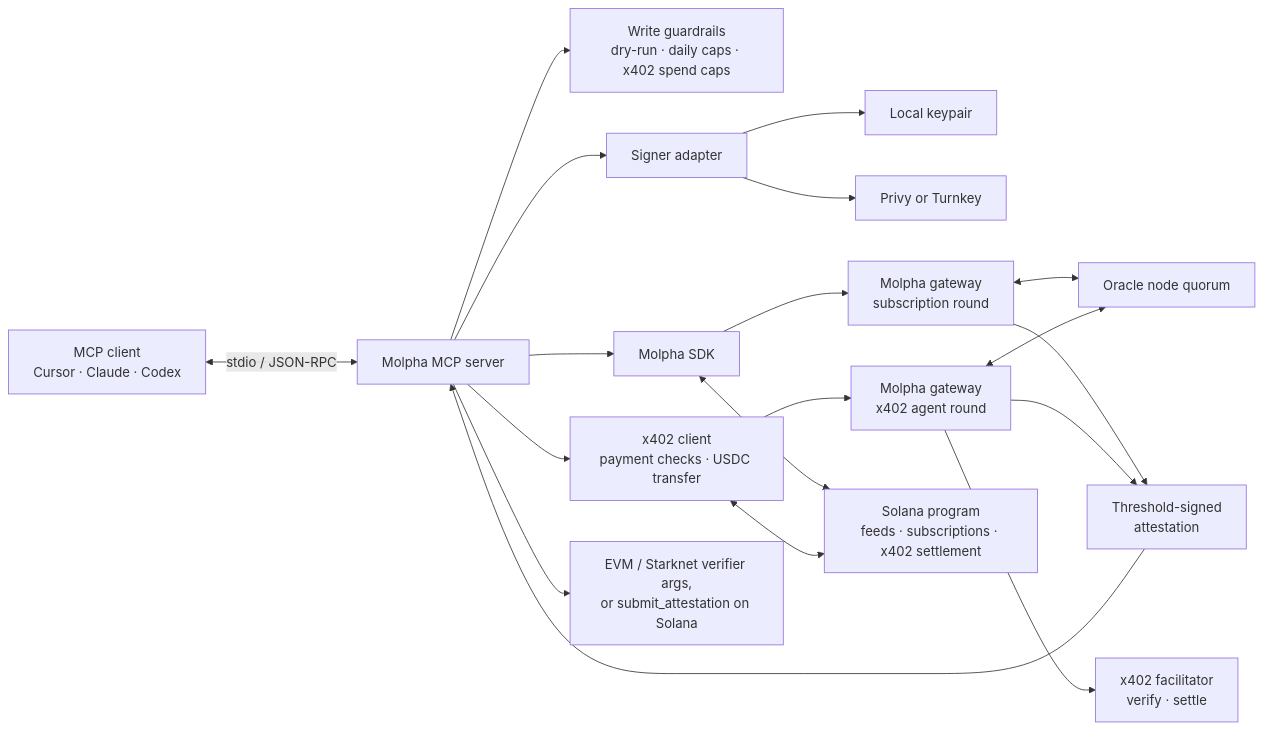
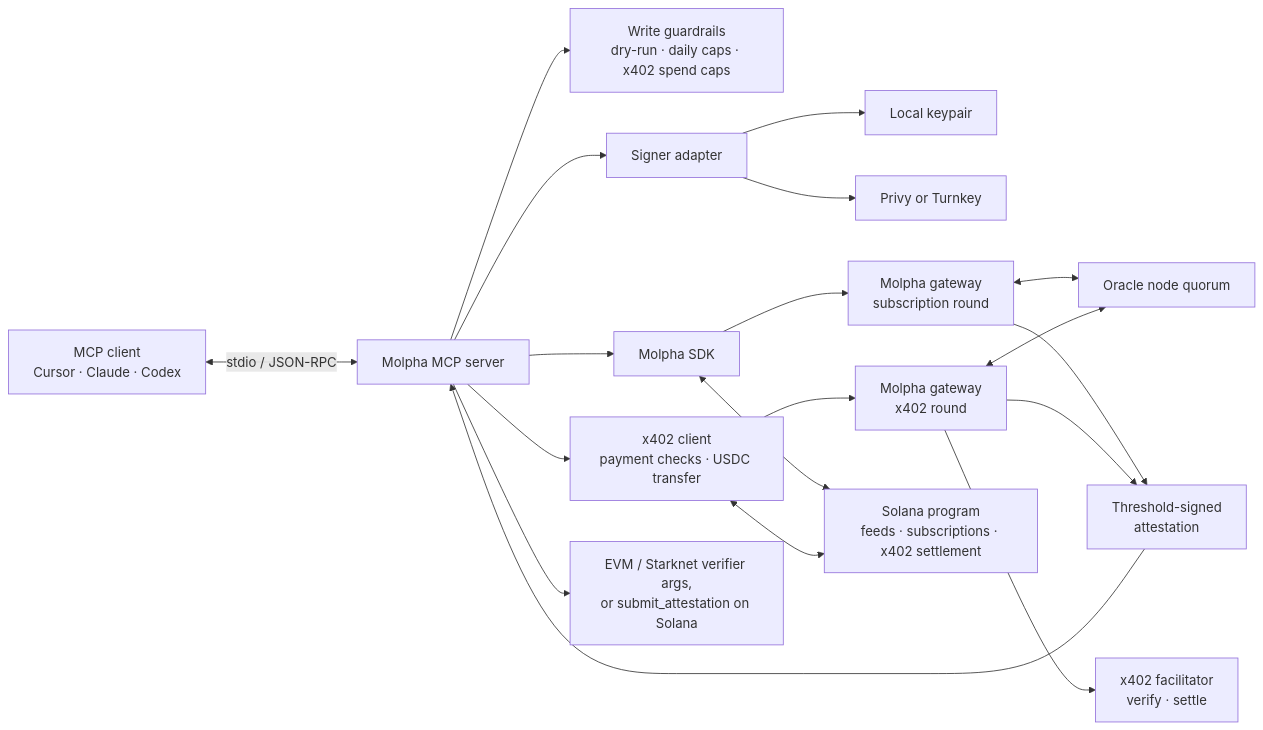
Before and after one commit to molpha/mcp: the diagram in README.md, drawn with Mermaid. The commit also changed other lines of this file and 33 other files, not shown here.

````diff
--- a/README.md
+++ b/README.md
@@ -211,21 +226,21 @@
 ```mermaid
 flowchart LR
     Client["MCP client<br/>Cursor · Claude · Codex"] <-->|"stdio / JSON-RPC"| Server["Molpha MCP server"]
     Server --> Guardrails["Write guardrails<br/>dry-run · daily caps · x402 spend caps"]
     Server --> Signer["Signer adapter"]
     Signer --> Memory["Local keypair"]
     Signer --> Keychain["Privy or Turnkey"]
     Server --> SDK["Molpha SDK"]
     Server --> X402["x402 client<br/>payment checks · USDC transfer"]
     SDK --> Gateway["Molpha gateway<br/>subscription round"]
-    X402 --> Gateway2["Molpha gateway<br/>x402 agent round"]
+    X402 --> Gateway2["Molpha gateway<br/>x402 round"]
     Gateway2 --> Facilitator["x402 facilitator<br/>verify · settle"]
     Gateway <--> Nodes["Oracle node quorum"]
     Gateway2 <--> Nodes
     SDK <--> Solana["Solana program<br/>feeds · subscriptions · x402 settlement"]
     X402 <--> Solana
     Gateway --> Artifact["Threshold-signed<br/>attestation"]
     Gateway2 --> Artifact
     Artifact --> Server
     Server --> Args["EVM / Starknet verifier args,<br/>or submit_attestation on Solana"]
 ```
````
